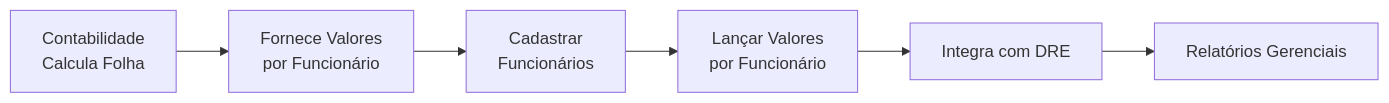
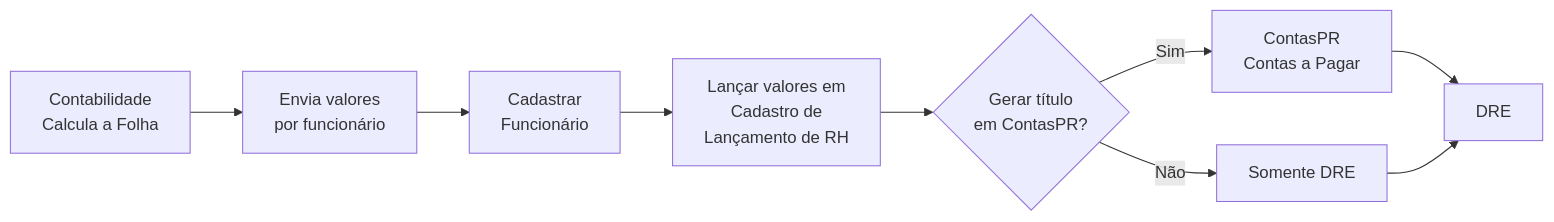
Before and after one commit to hetosoft/documentacao-solnet: the diagram in RH/documentacao_folha_de_pagamento.md, drawn with Mermaid. The commit also changed other lines of this file and 5 other files, not shown here.

````diff
--- a/RH/documentacao_folha_de_pagamento.md
+++ b/RH/documentacao_folha_de_pagamento.md
@@ -29,8 +32,11 @@
 ```mermaid
 graph LR
-    A[Contabilidade<br/>Calcula Folha] --> B[Fornece Valores<br/>por Funcionário]
-    B --> C[Cadastrar<br/>Funcionários]
-    C --> D[Lançar Valores<br/>por Funcionário]
-    D --> E[Integra com DRE]
-    E --> F[Relatórios Gerenciais]
+    A[Contabilidade<br/>Calcula a Folha] --> B[Envia valores<br/>por funcionário]
+    B --> C[Cadastrar<br/>Funcionário]
+    C --> D[Lançar valores em<br/>Cadastro de<br/>Lançamento de RH]
+    D --> E{Gerar título<br/>em ContasPR?}
+    E -->|Sim| F[ContasPR<br/>Contas a Pagar]
+    E -->|Não| G[Somente DRE]
+    F --> H[DRE]
+    G --> H
 ```
````
